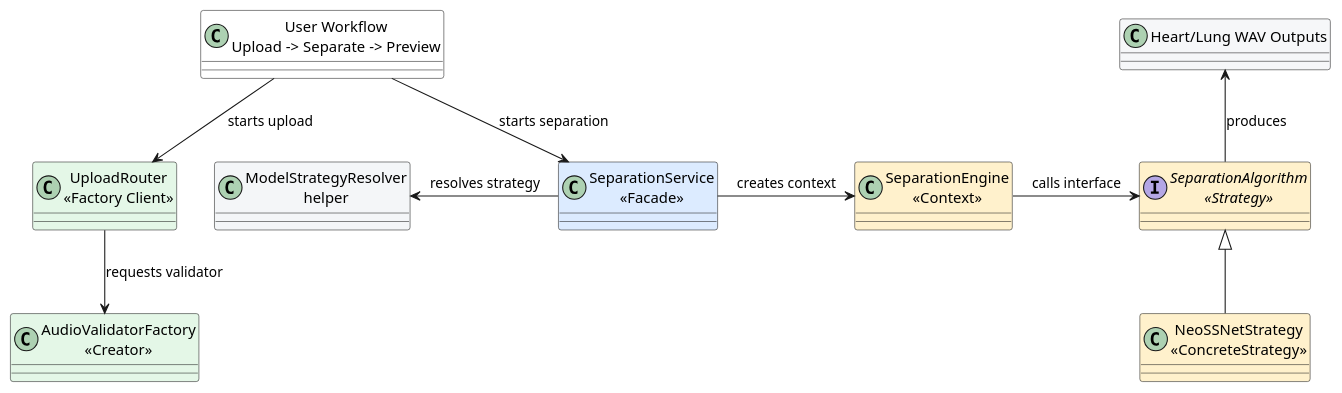
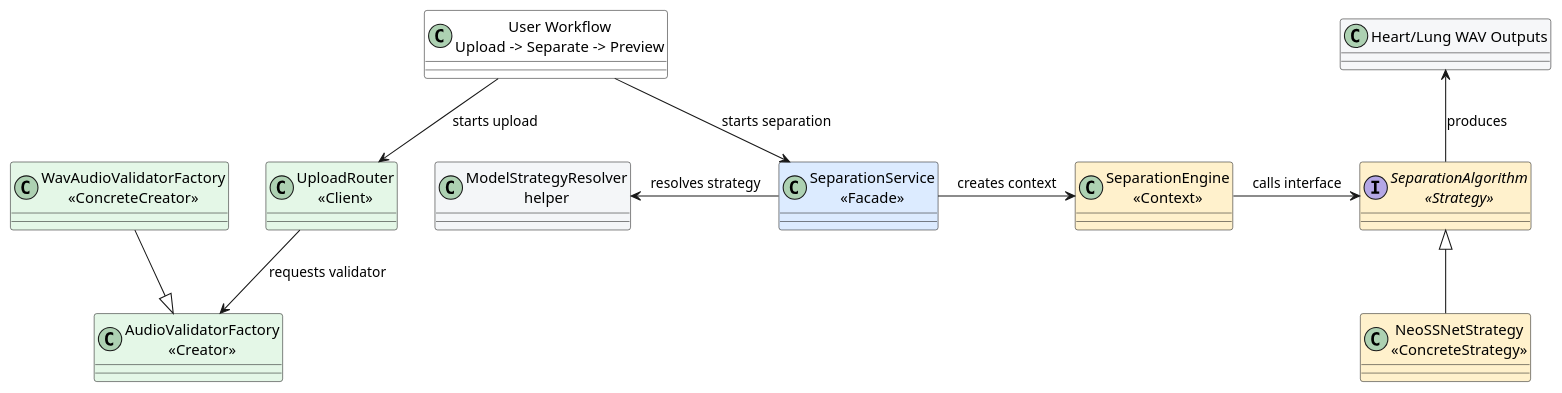
The diagram in docs/software_design_report/diagrams/puml/overall_alt_spider_web.puml (ASHRAF-2004/Machine-Learning-Based-System-for-Cardiopulmonary-Sound-Separation), drawn with PlantUML before and after one commit. The commit also changed 18 other files, not shown here.

```diff
--- a/docs/software_design_report/diagrams/puml/overall_alt_spider_web.puml
+++ b/docs/software_design_report/diagrams/puml/overall_alt_spider_web.puml
@@ -1,27 +1,29 @@
 @startuml
 ' Alternative 2: spider-web view from the user-facing workflow.
 
 skinparam classAttributeIconSize 0
 skinparam linetype polyline
 skinparam shadowing false
 
 class "User Workflow\nUpload -> Separate -> Preview" as Center #FFFFFF
-class "UploadRouter\n<<Factory Client>>" as Upload #E4F7E7
+class "UploadRouter\n<<Client>>" as Upload #E4F7E7
 class "AudioValidatorFactory\n<<Creator>>" as ValidatorFactory #E4F7E7
+class "WavAudioValidatorFactory\n<<ConcreteCreator>>" as WavFactory #E4F7E7
 class "SeparationService\n<<Facade>>" as Facade #DCEBFF
 class "ModelStrategyResolver\nhelper" as Resolver #F4F6F8
 class "SeparationEngine\n<<Context>>" as Engine #FFF1CC
 interface "SeparationAlgorithm\n<<Strategy>>" as Algorithm #FFF1CC
 class "NeoSSNetStrategy\n<<ConcreteStrategy>>" as NeoSSNet #FFF1CC
 class "Heart/Lung WAV Outputs" as Output #F6F7F9
 
 Center -down-> Upload : starts upload
 Upload -down-> ValidatorFactory : requests validator
+WavFactory -down-|> ValidatorFactory
 Center -down-> Facade : starts separation
 Facade -left-> Resolver : resolves strategy
 Facade -right-> Engine : creates context
 Engine -right-> Algorithm : calls interface
 NeoSSNet -up-|> Algorithm
 Algorithm -up-> Output : produces
 
 @enduml
```
